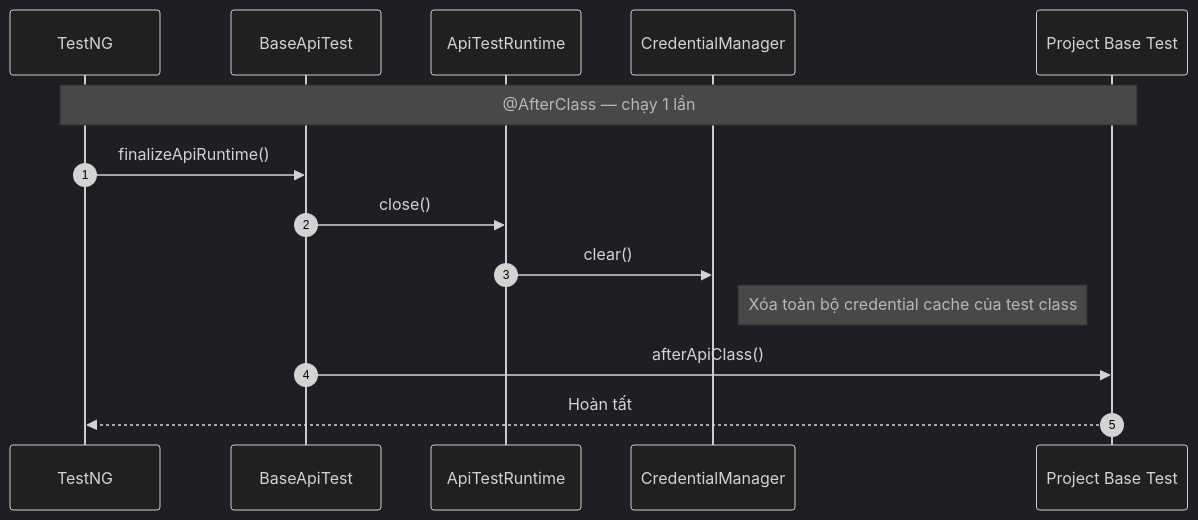
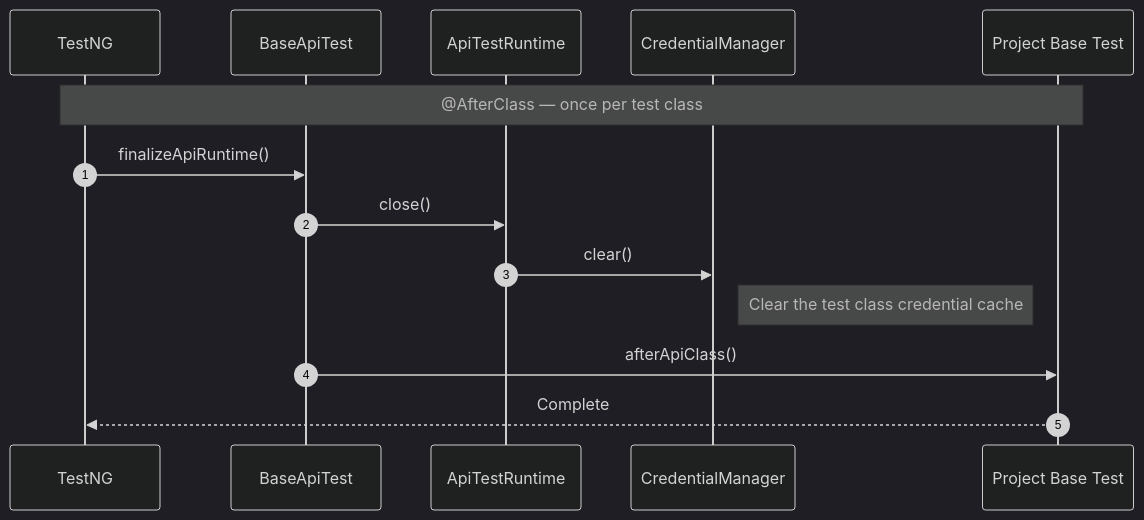
The fourth of 4 diagrams in docs/framework-flow-preview.md (vocongthanh-projects/api-framework), drawn with Mermaid (dark theme) before and after one commit. The commit also changed other lines of this file and 1 other file, not shown here.

````diff
--- a/docs/framework-flow-preview.md
+++ b/docs/framework-flow-preview.md
@@ -187,17 +177,17 @@
 ```mermaid
 sequenceDiagram
     autonumber
     participant TestNG
     participant Core as BaseApiTest
     participant Runtime as ApiTestRuntime
     participant Cred as CredentialManager
     participant Consumer as Project Base Test
 
-    Note over TestNG,Consumer: @AfterClass — chạy 1 lần
+    Note over TestNG,Consumer: @AfterClass — once per test class
     TestNG->>Core: finalizeApiRuntime()
     Core->>Runtime: close()
     Runtime->>Cred: clear()
-    Note right of Cred: Xóa toàn bộ credential cache của test class
+    Note right of Cred: Clear the test class credential cache
     Core->>Consumer: afterApiClass()
-    Consumer-->>TestNG: Hoàn tất
+    Consumer-->>TestNG: Complete
 ```
````
